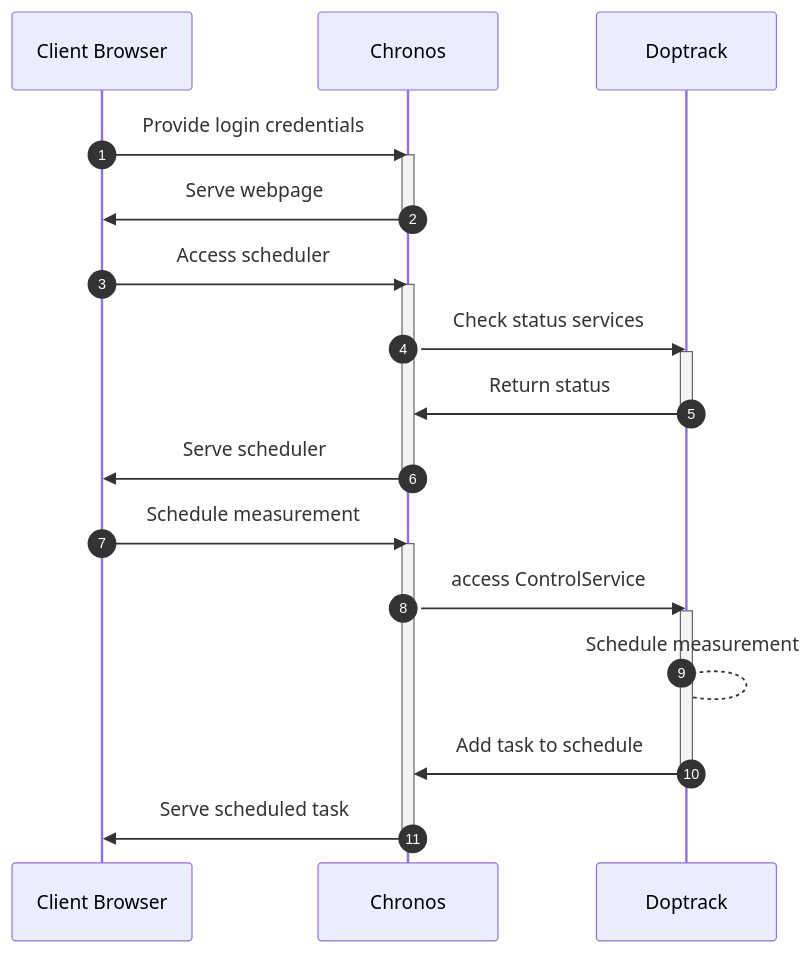
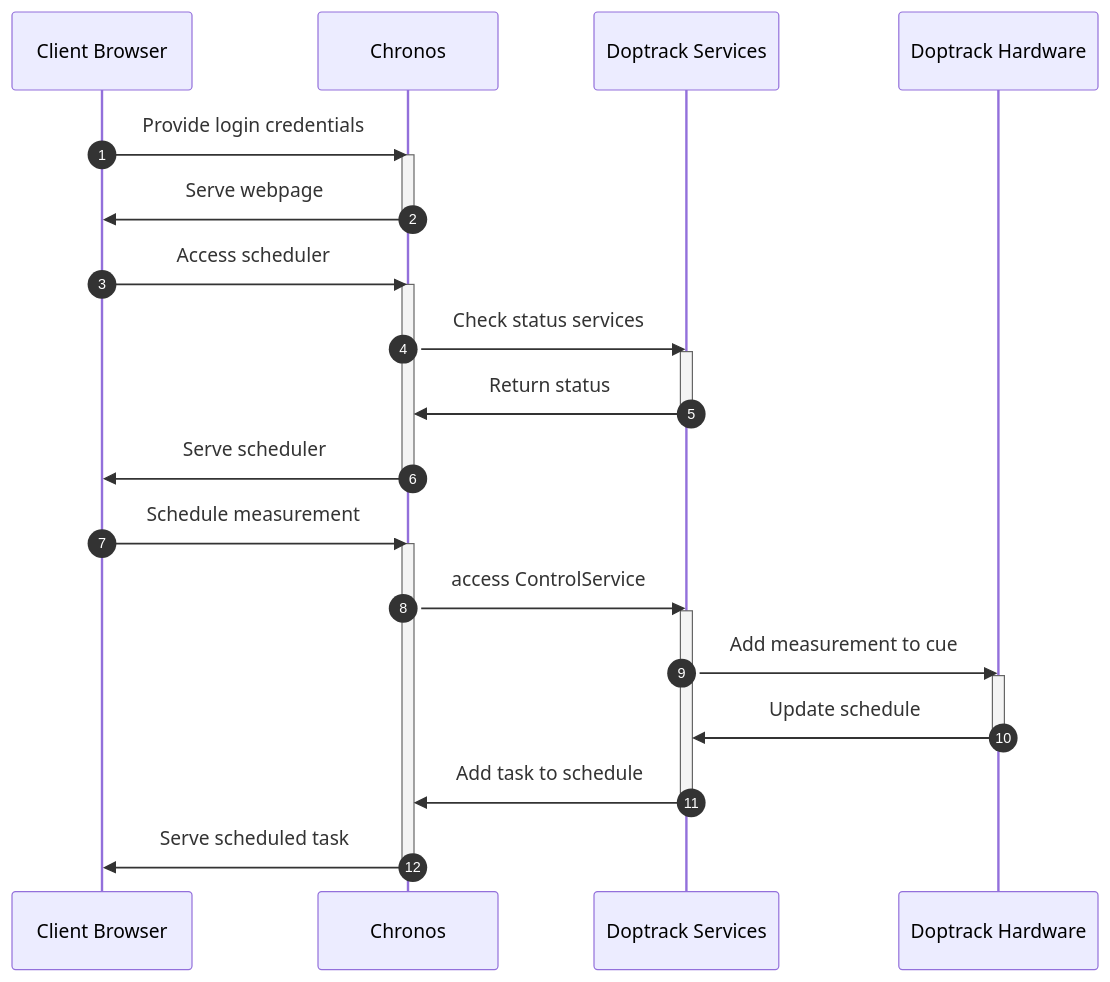
The diagram in server/readme.md (DopTrack/chronos), drawn with Mermaid before and after one commit.

Commit message:
Update diagram

````diff
--- a/server/readme.md
+++ b/server/readme.md
@@ -19,32 +19,36 @@
 ```mermaid
 sequenceDiagram
 autonumber
    participant B as Client Browser
    participant C as Chronos
-   participant Doptrack
+   participant DS as Doptrack Services
+   participant DH as Doptrack Hardware
 
    B->>C: Provide login credentials 
    activate C 
    C->>B: Serve webpage
    deactivate C
 
    B->>C: Access scheduler
    activate C
-   C->>Doptrack: Check status services
-   activate Doptrack
-   Doptrack->>C: Return status
-   deactivate Doptrack
+   C->>DS: Check status services
+   activate DS
+   DS->>C: Return status
+   deactivate DS
    C->>B: Serve scheduler
    deactivate C
 
    B->>C: Schedule measurement
    activate C
-   C->>Doptrack: access ControlService
-   activate Doptrack
-   Doptrack-->Doptrack: Schedule measurement
-   Doptrack->>C: Add task to schedule
-   deactivate Doptrack
+   C->>DS: access ControlService
+   activate DS
+   DS->>DH: Add measurement to cue
+   activate DH
+   DH->>DS: Update schedule
+   deactivate DH
+   DS->>C: Add task to schedule
+   deactivate DS
    C->>B: Serve scheduled task
    deactivate C 
 
 ```
````
